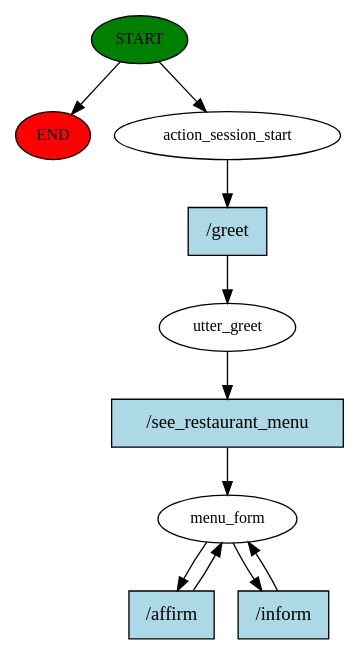
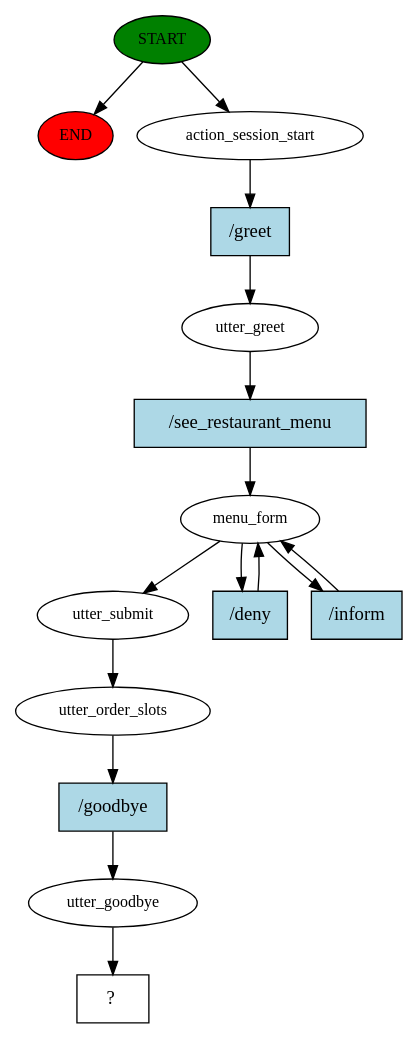
One commit to shazela/restaurant changed the diagram in story_graph.dot. Above: the diagram before and after it, drawn with Graphviz. The commit also changed 245 other files, not shown here.

```diff
--- a/story_graph.dot
+++ b/story_graph.dot
@@ -1,21 +1,31 @@
 digraph  {
 0 [class="start active", fillcolor=green, fontsize=12, label=START, style=filled];
 "-1" [class=end, fillcolor=red, fontsize=12, label=END, style=filled];
 1 [class=active, fontsize=12, label=action_session_start];
 2 [class=active, fontsize=12, label=utter_greet];
-3 [class="active dashed", fontsize=12, label=menu_form];
-7 [class="intent active", fillcolor=lightblue, label="/greet", shape=rect, style=filled];
-8 [class="intent active", fillcolor=lightblue, label="/see_restaurant_menu", shape=rect, style=filled];
-9 [class="intent active", fillcolor=lightblue, label="/affirm", shape=rect, style=filled];
-10 [class="intent active", fillcolor=lightblue, label="/inform", shape=rect, style=filled];
+3 [class=active, fontsize=12, label=menu_form];
+8 [class=active, fontsize=12, label=utter_submit];
+9 [class=active, fontsize=12, label=utter_order_slots];
+10 [class=active, fontsize=12, label=utter_goodbye];
+11 [class="intent dashed active", label="  ?  ", shape=rect];
+12 [class="intent active", fillcolor=lightblue, label="/greet", shape=rect, style=filled];
+13 [class="intent active", fillcolor=lightblue, label="/see_restaurant_menu", shape=rect, style=filled];
+14 [class="intent active", fillcolor=lightblue, label="/deny", shape=rect, style=filled];
+15 [class="intent active", fillcolor=lightblue, label="/inform", shape=rect, style=filled];
+16 [class="intent active", fillcolor=lightblue, label="/goodbye", shape=rect, style=filled];
 0 -> "-1"  [class="", key=NONE, label=""];
 0 -> 1  [class=active, key=NONE, label=""];
-1 -> 7  [class=active, key=0];
-2 -> 8  [class=active, key=0];
-3 -> 9  [class=active, key=0];
-3 -> 10  [class=active, key=0];
-7 -> 2  [class=active, key=0];
-8 -> 3  [class=active, key=0];
-9 -> 3  [class=active, key=0];
-10 -> 3  [class=active, key=0];
+1 -> 12  [class=active, key=0];
+2 -> 13  [class=active, key=0];
+3 -> 8  [class=active, key=NONE, label=""];
+3 -> 14  [class=active, key=0];
+3 -> 15  [class=active, key=0];
+8 -> 9  [class=active, key=NONE, label=""];
+9 -> 16  [class=active, key=0];
+10 -> 11  [class=active, key=NONE, label=""];
+12 -> 2  [class=active, key=0];
+13 -> 3  [class=active, key=0];
+14 -> 3  [class=active, key=0];
+15 -> 3  [class=active, key=0];
+16 -> 10  [class=active, key=0];
 }
```
